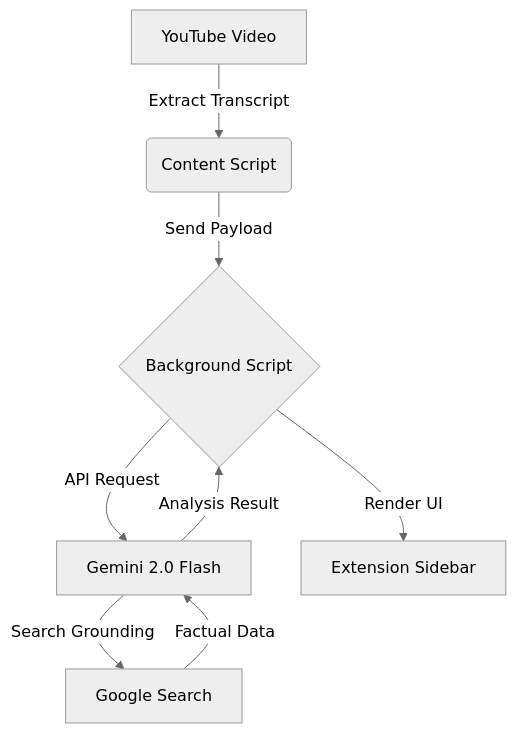
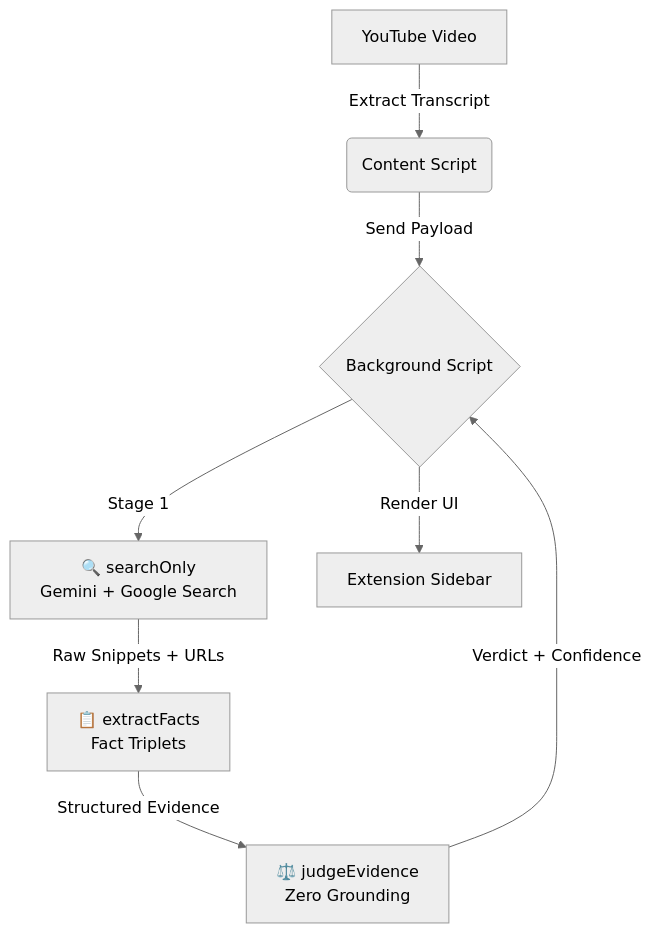
One commit to humanchaos/factcheck changed the diagram in README.md. Above: the diagram before and after it, drawn with Mermaid (neutral theme). The commit also changed other lines of this file and 4 other files, not shown here.

````diff
--- a/README.md
+++ b/README.md
@@ -77,10 +78,10 @@
 ```mermaid
 graph TD
     A[YouTube Video] -->|Extract Transcript| B(Content Script)
     B -->|Send Payload| C{Background Script}
-    C -->|API Request| D[Gemini 2.0 Flash]
-    D -->|Search Grounding| E[Google Search]
-    E -->|Factual Data| D
-    D -->|Analysis Result| C
-    C -->|Render UI| F[Extension Sidebar]
+    C -->|Stage 1| D["🔍 searchOnly<br/>Gemini + Google Search"]
+    D -->|Raw Snippets + URLs| E["📋 extractFacts<br/>Fact Triplets"]
+    E -->|Structured Evidence| F["⚖️ judgeEvidence<br/>Zero Grounding"]
+    F -->|Verdict + Confidence| C
+    C -->|Render UI| G[Extension Sidebar]
 ```
````
